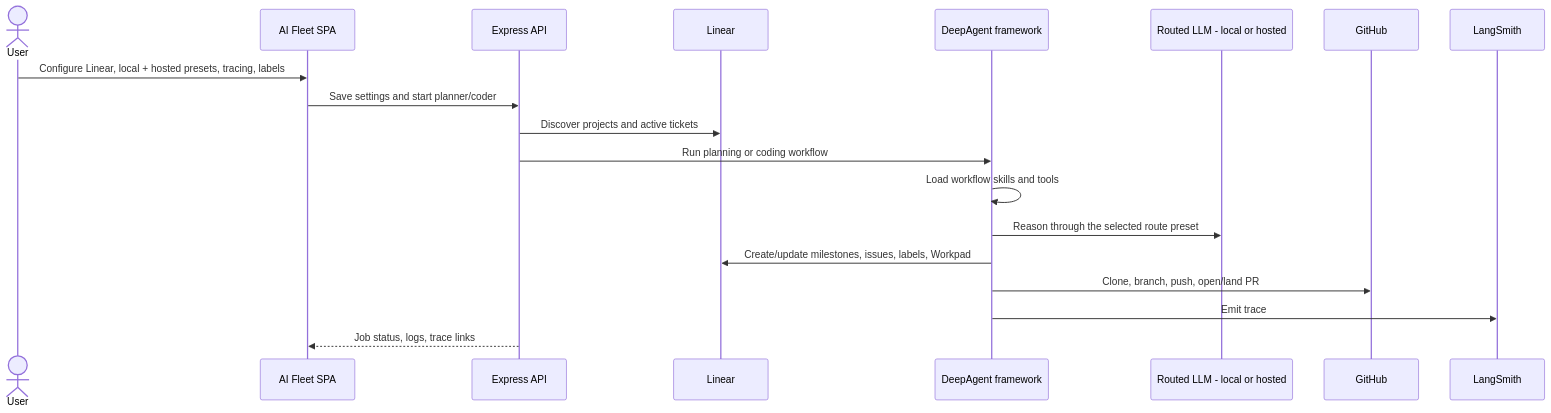
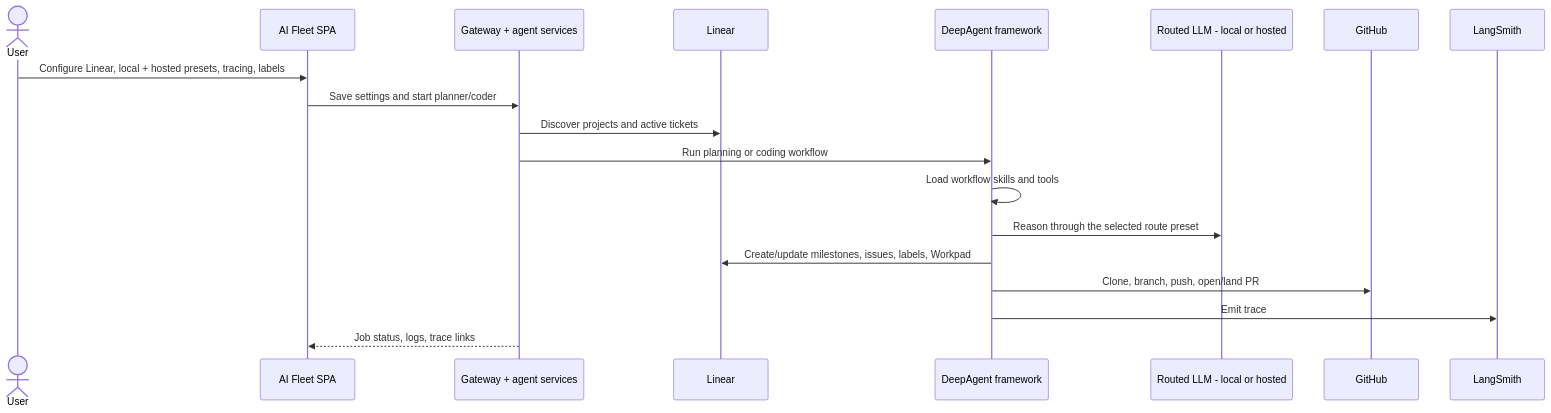
The second of 2 diagrams in docs/ARCHITECTURE_DIAGRAM.md (niravshah2705/symphony), drawn with Mermaid before and after one commit. The commit also changed other lines of this file and 133 other files, not shown here.

````diff
--- a/docs/ARCHITECTURE_DIAGRAM.md
+++ b/docs/ARCHITECTURE_DIAGRAM.md
@@ -65,22 +77,22 @@
 ```mermaid
 sequenceDiagram
   actor User as User
   participant UI as AI Fleet SPA
-  participant API as Express API
+  participant API as Gateway + agent services
   participant Linear as Linear
   participant Agent as DeepAgent framework
   participant LLM as Routed LLM - local or hosted
   participant GitHub as GitHub
   participant Obs as LangSmith
 
   User->>UI: Configure Linear, local + hosted presets, tracing, labels
   UI->>API: Save settings and start planner/coder
   API->>Linear: Discover projects and active tickets
   API->>Agent: Run planning or coding workflow
   Agent->>Agent: Load workflow skills and tools
   Agent->>LLM: Reason through the selected route preset
   Agent->>Linear: Create/update milestones, issues, labels, Workpad
   Agent->>GitHub: Clone, branch, push, open/land PR
   Agent->>Obs: Emit trace
   API-->>UI: Job status, logs, trace links
 ```
````
